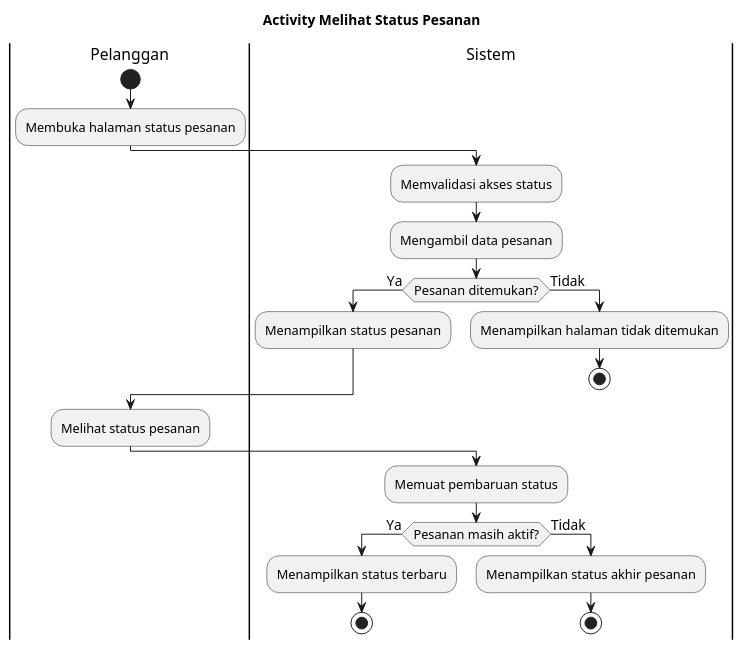
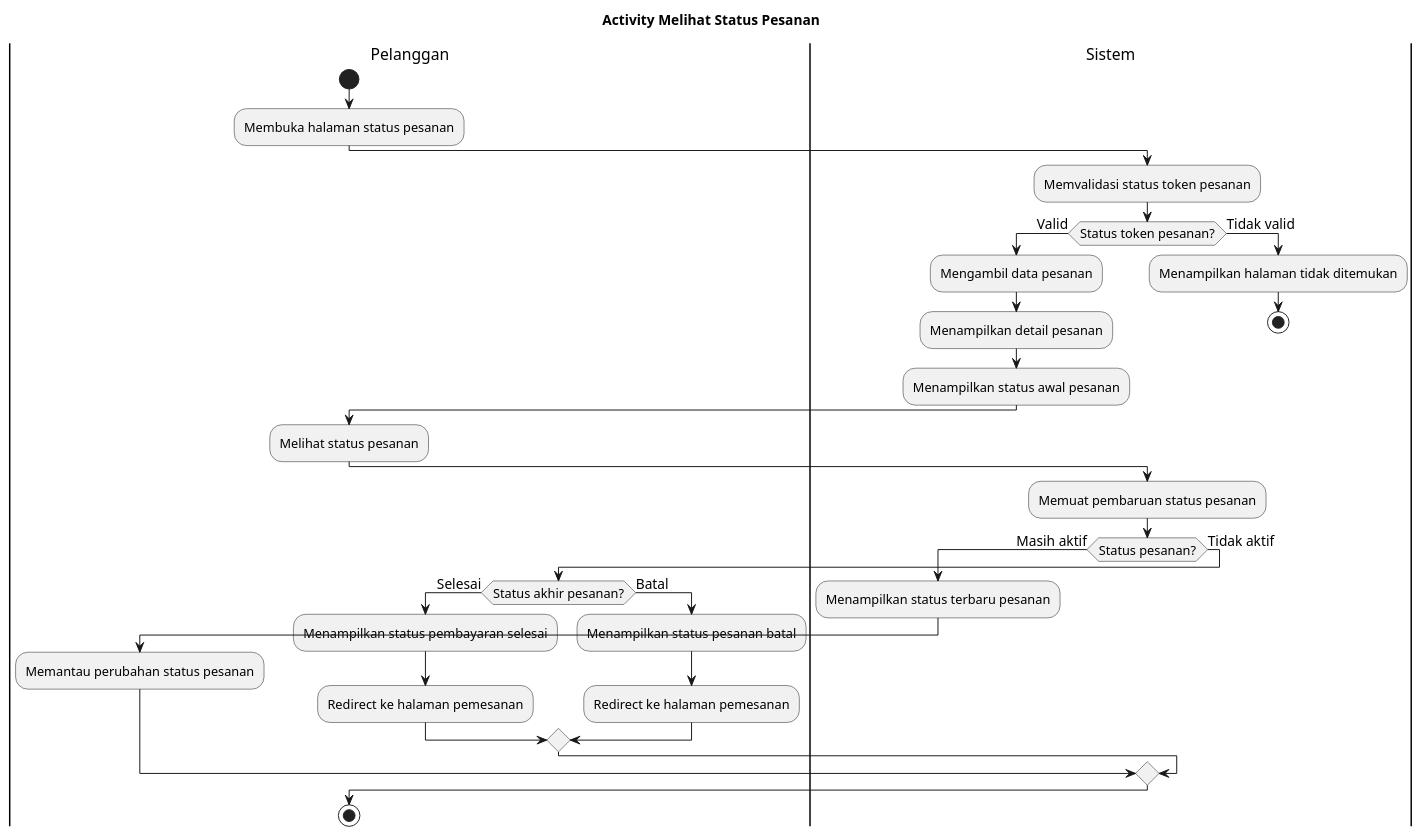
One commit to Samaelzco/warung_baleganjur changed the second of 15 diagrams in docs/activity diagram final.md. Above: the diagram before and after it, drawn with PlantUML. The commit also changed other lines of this file and 35 other files, not shown here.

````diff
--- a/docs/activity diagram final.md
+++ b/docs/activity diagram final.md
@@ -60,40 +70,49 @@
 ```plantuml
 @startuml
 title Activity Melihat Status Pesanan
 
 skinparam defaultFontName Arial
 skinparam defaultFontSize 14
 skinparam activityFontSize 13
 skinparam swimlaneTitleFontSize 16
 
 |Pelanggan|
 start
 :Membuka halaman status pesanan;
 
 |Sistem|
-:Memvalidasi akses status;
-:Mengambil data pesanan;
+:Memvalidasi status token pesanan;
 
-if (Pesanan ditemukan?) then (Ya)
-    :Menampilkan status pesanan;
-else (Tidak)
+if (Status token pesanan?) then (Valid)
+    :Mengambil data pesanan;
+    :Menampilkan detail pesanan;
+    :Menampilkan status awal pesanan;
+else (Tidak valid)
     :Menampilkan halaman tidak ditemukan;
     stop
 endif
 
 |Pelanggan|
 :Melihat status pesanan;
 
 |Sistem|
-:Memuat pembaruan status;
+:Memuat pembaruan status pesanan;
 
-if (Pesanan masih aktif?) then (Ya)
-    :Menampilkan status terbaru;
-    stop
-else (Tidak)
-    :Menampilkan status akhir pesanan;
-    stop
+if (Status pesanan?) then (Masih aktif)
+    :Menampilkan status terbaru pesanan;
+    |Pelanggan|
+    :Memantau perubahan status pesanan;
+else (Tidak aktif)
+    if (Status akhir pesanan?) then (Selesai)
+        :Menampilkan status pembayaran selesai;
+        :Redirect ke halaman pemesanan;
+    else (Batal)
+        :Menampilkan status pesanan batal;
+        :Redirect ke halaman pemesanan;
+    endif
 endif
+
+stop
 
 @enduml
 ```
````
